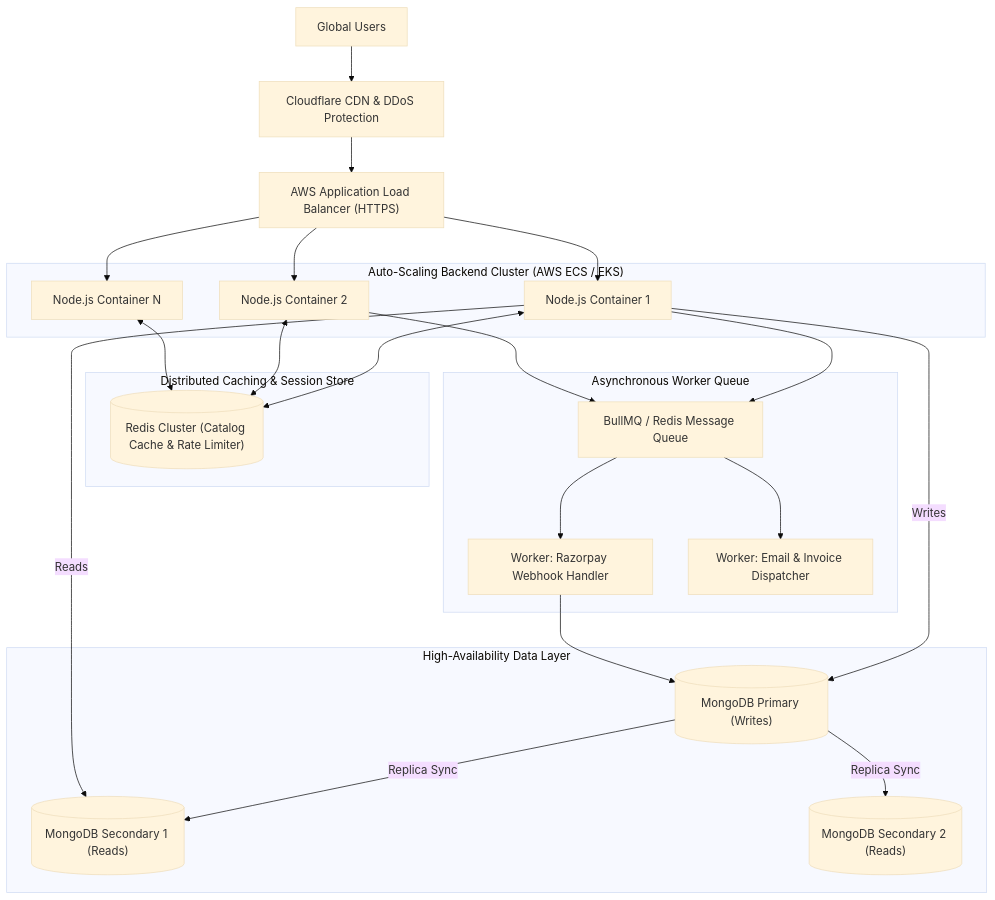
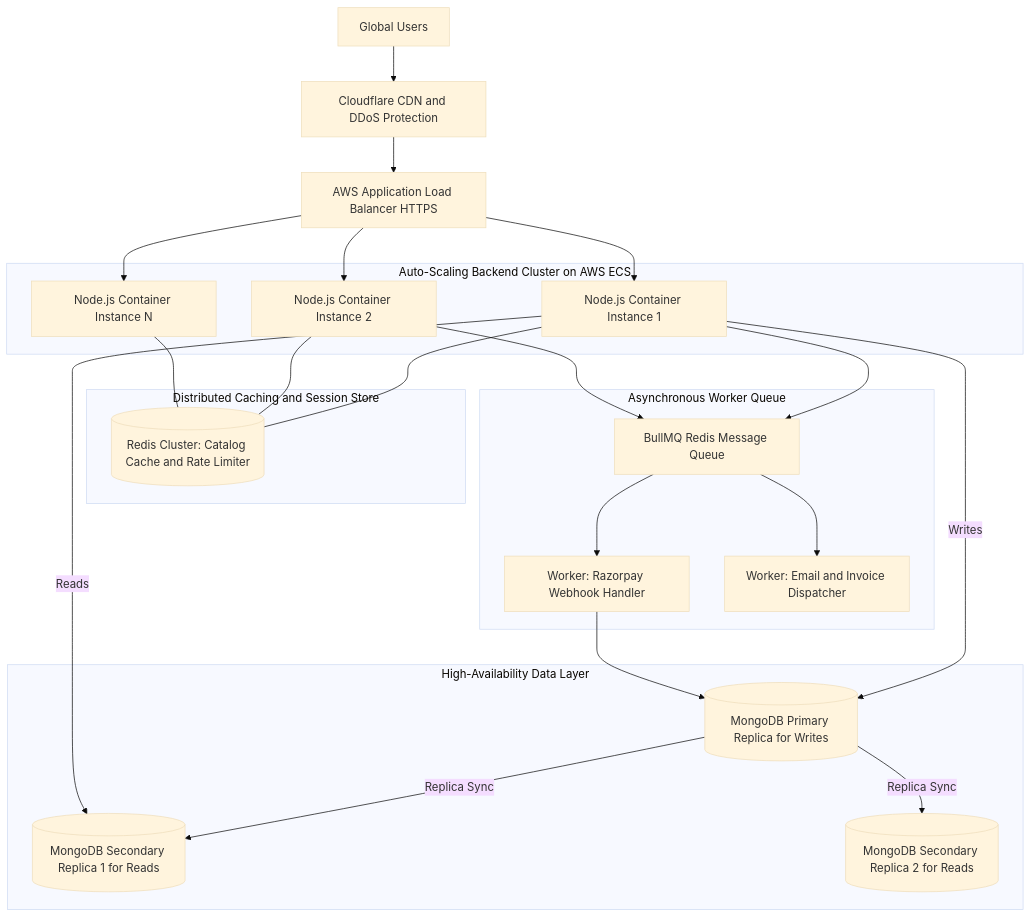
Before and after one commit to ShreshthTarwey/teer-brand-ecommerce: the sixth of 6 diagrams in PROJECT_INTERVIEW_GUIDE.md, drawn with Mermaid (base theme). The commit also changed other lines of this file, not shown here.

````diff
--- a/PROJECT_INTERVIEW_GUIDE.md
+++ b/PROJECT_INTERVIEW_GUIDE.md
@@ -1171,46 +1171,46 @@
 ```mermaid
 flowchart TB
-    Users["Global Users"] --> Cloudflare["Cloudflare CDN & DDoS Protection"]
-    Cloudflare --> ALB["AWS Application Load Balancer (HTTPS)"]
+    Users["Global Users"] --> Cloudflare["Cloudflare CDN and DDoS Protection"]
+    Cloudflare --> ALB["AWS Application Load Balancer HTTPS"]
     
-    subgraph ComputeCluster ["Auto-Scaling Backend Cluster (AWS ECS / EKS)"]
-        Node1["Node.js Container 1"]
-        Node2["Node.js Container 2"]
-        Node3["Node.js Container N"]
+    subgraph ComputeCluster ["Auto-Scaling Backend Cluster on AWS ECS"]
+        Node1["Node.js Container Instance 1"]
+        Node2["Node.js Container Instance 2"]
+        Node3["Node.js Container Instance N"]
     end
     
     ALB --> Node1
     ALB --> Node2
     ALB --> Node3
 
-    subgraph CachingLayer ["Distributed Caching & Session Store"]
-        RedisCluster[("Redis Cluster (Catalog Cache & Rate Limiter)")]
+    subgraph CachingLayer ["Distributed Caching and Session Store"]
+        RedisCluster[("Redis Cluster: Catalog Cache and Rate Limiter")]
     end
 
-    Node1 <--> RedisCluster
-    Node2 <--> RedisCluster
-    Node3 <--> RedisCluster
+    Node1 --- RedisCluster
+    Node2 --- RedisCluster
+    Node3 --- RedisCluster
 
     subgraph AsyncQueue ["Asynchronous Worker Queue"]
-        BullMQ["BullMQ / Redis Message Queue"]
+        BullMQ["BullMQ Redis Message Queue"]
         Worker1["Worker: Razorpay Webhook Handler"]
-        Worker2["Worker: Email & Invoice Dispatcher"]
+        Worker2["Worker: Email and Invoice Dispatcher"]
         BullMQ --> Worker1
         BullMQ --> Worker2
     end
 
     Node1 --> BullMQ
     Node2 --> BullMQ
 
     subgraph DatabaseCluster ["High-Availability Data Layer"]
-        MongoPrimary[("MongoDB Primary (Writes)")]
-        MongoSec1[("MongoDB Secondary 1 (Reads)")]
-        MongoSec2[("MongoDB Secondary 2 (Reads)")]
+        MongoPrimary[("MongoDB Primary Replica for Writes")]
+        MongoSec1[("MongoDB Secondary Replica 1 for Reads")]
+        MongoSec2[("MongoDB Secondary Replica 2 for Reads")]
         MongoPrimary -->|Replica Sync| MongoSec1
         MongoPrimary -->|Replica Sync| MongoSec2
     end
 
     Node1 -->|Writes| MongoPrimary
     Node1 -->|Reads| MongoSec1
     Worker1 --> MongoPrimary
 ```
````
